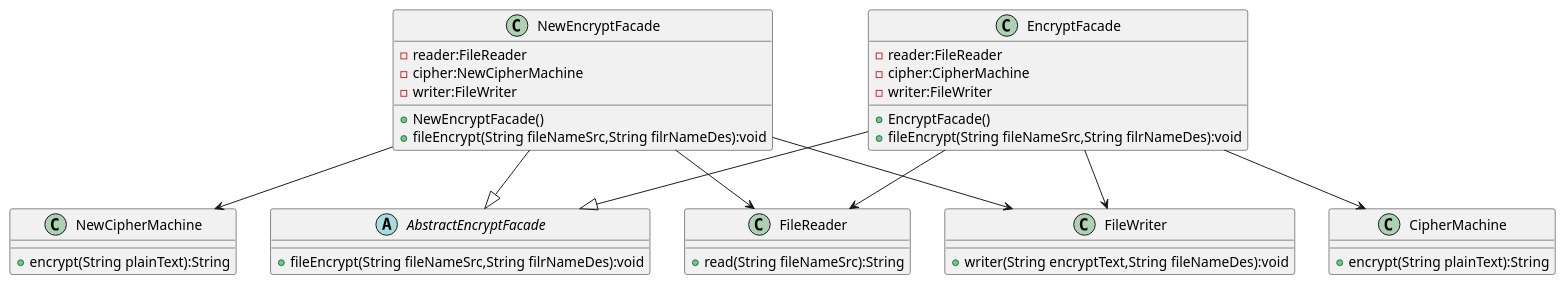
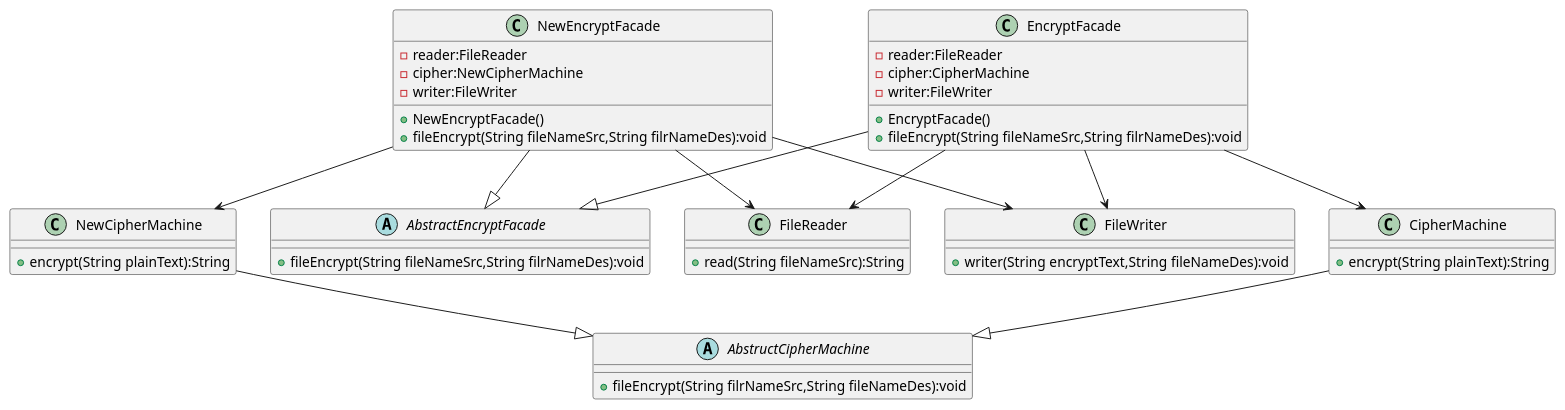
The diagram in UML/设计模式/实训/2/2_3_2.pu (20km-shimakaze/SthCode), drawn with PlantUML before and after one commit. The commit also changed 21 other files, not shown here.

```diff
--- a/UML/设计模式/实训/2/2_3_2.pu
+++ b/UML/设计模式/实训/2/2_3_2.pu
@@ -1,54 +1,61 @@
 @startuml 2_3_2
 
 abstract class AbstractEncryptFacade
 {
 	+ fileEncrypt(String fileNameSrc,String filrNameDes):void
 }
 
 class EncryptFacade
 {
 	- reader:FileReader
 	- cipher:CipherMachine
 	- writer:FileWriter
 	+ EncryptFacade()
 	+ fileEncrypt(String fileNameSrc,String filrNameDes):void
 }
 
 class NewEncryptFacade
 {
 	- reader:FileReader
 	- cipher:NewCipherMachine
 	- writer:FileWriter
 	+ NewEncryptFacade()
 	+ fileEncrypt(String fileNameSrc,String filrNameDes):void
 }
 
 class FileReader
 {
 	+ read(String fileNameSrc):String
 }
 
 class FileWriter
 {
 	+ writer(String encryptText,String fileNameDes):void
 }
 
 class CipherMachine
 {
 	+ encrypt(String plainText):String
 }
 
 class NewCipherMachine
 {
 	+ encrypt(String plainText):String
 }
 
+abstract class AbstructCipherMachine
+{
+  + fileEncrypt(String filrNameSrc,String fileNameDes):void
+}
+
 EncryptFacade --|> AbstractEncryptFacade
 NewEncryptFacade  --|> AbstractEncryptFacade
+CipherMachine --|> AbstructCipherMachine
+NewCipherMachine --|> AbstructCipherMachine
 EncryptFacade --> CipherMachine
 EncryptFacade --> FileWriter
 EncryptFacade --> FileReader
 NewEncryptFacade --> NewCipherMachine
 NewEncryptFacade --> FileWriter
 NewEncryptFacade --> FileReader
 @enduml
```
